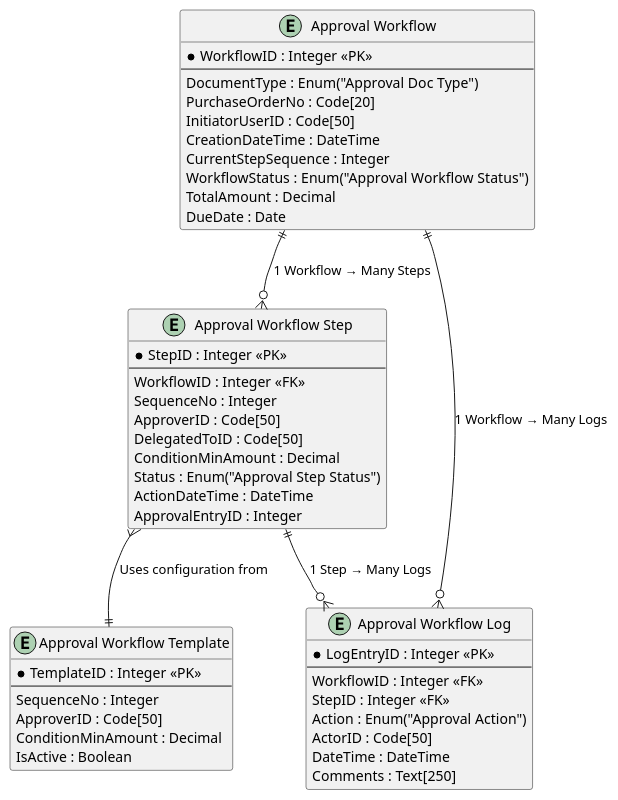
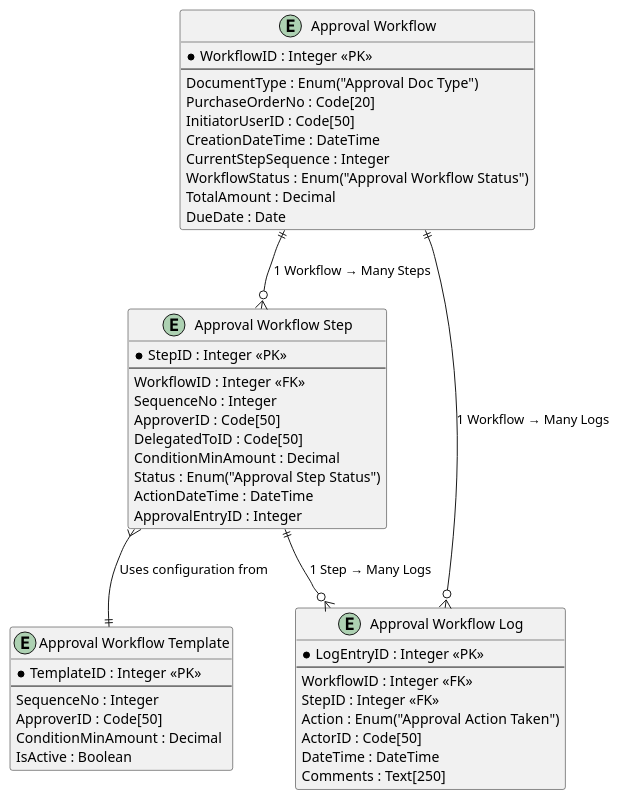
Before and after one commit to Salem-Sayarh/Approval_Extension: the diagram in Documentation/UML/Tables.wsd, drawn with PlantUML. The commit also changed 4 other files, not shown here.

```diff
--- a/Documentation/UML/Tables.wsd
+++ b/Documentation/UML/Tables.wsd
@@ -1,54 +1,54 @@
 @startuml ApprovalWorkflowTables
 
 entity "Approval Workflow" as Workflow {
   * WorkflowID : Integer <<PK>>
   --
   DocumentType : Enum("Approval Doc Type")
   PurchaseOrderNo : Code[20]
   InitiatorUserID : Code[50]
   CreationDateTime : DateTime
   CurrentStepSequence : Integer
   WorkflowStatus : Enum("Approval Workflow Status")
   TotalAmount : Decimal
   DueDate : Date
 }
 
 entity "Approval Workflow Step" as Step {
   * StepID : Integer <<PK>>
   --
   WorkflowID : Integer <<FK>>
   SequenceNo : Integer
   ApproverID : Code[50]
   DelegatedToID : Code[50]
   ConditionMinAmount : Decimal
   Status : Enum("Approval Step Status")
   ActionDateTime : DateTime
   ApprovalEntryID : Integer
 }
 
 entity "Approval Workflow Log" as Log {
   * LogEntryID : Integer <<PK>>
   --
   WorkflowID : Integer <<FK>>
   StepID : Integer <<FK>>
-  Action : Enum("Approval Action")
+  Action : Enum("Approval Action Taken")
   ActorID : Code[50]
   DateTime : DateTime
   Comments : Text[250]
 }
 
 entity "Approval Workflow Template" as Template {
   * TemplateID : Integer <<PK>>
   --
   SequenceNo : Integer
   ApproverID : Code[50]
   ConditionMinAmount : Decimal
   IsActive : Boolean
 }
 
 Workflow ||--o{ Step     : "1 Workflow → Many Steps"
 Workflow ||--o{ Log      : "1 Workflow → Many Logs"
 Step     ||--o{ Log      : "1 Step → Many Logs"
 Step     }--|| Template  : "Uses configuration from"
 
 @enduml
```
